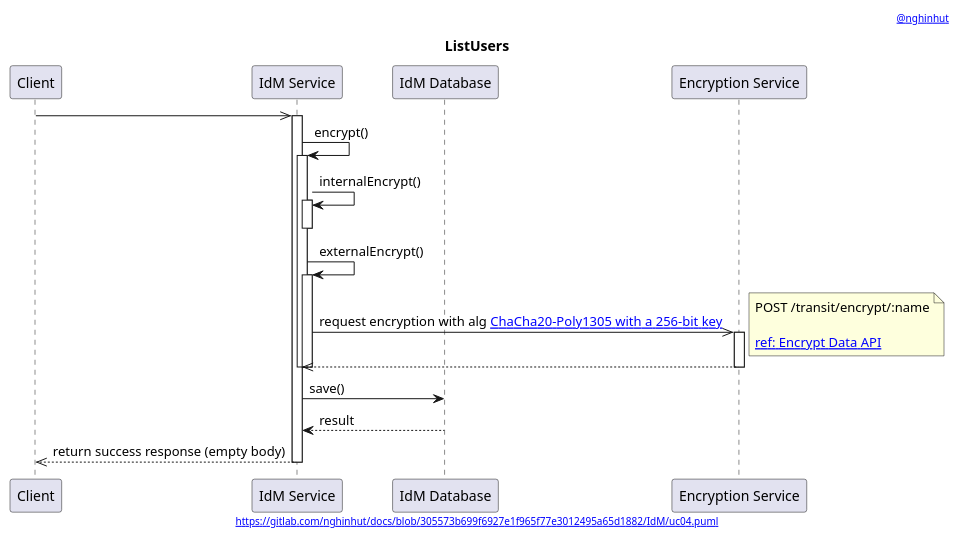
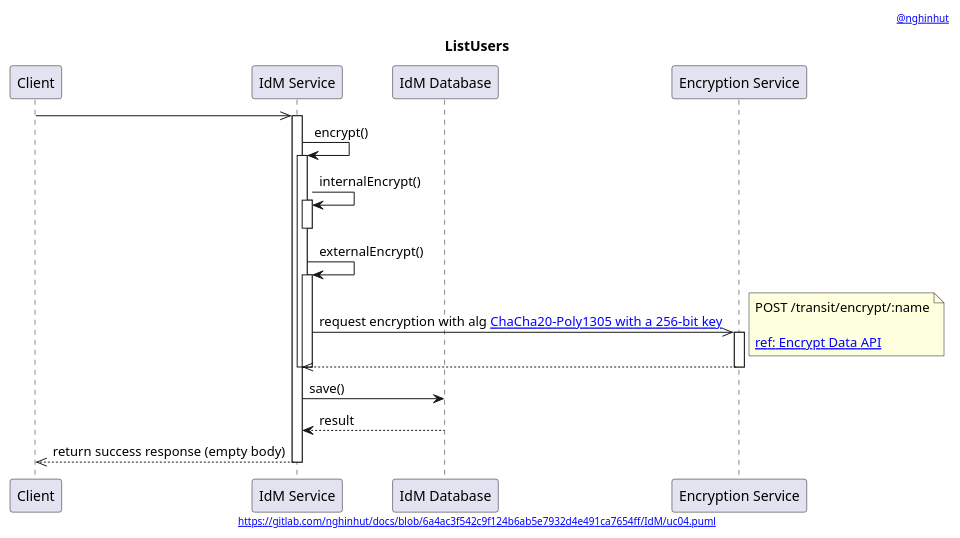
One commit to nghinhut/docs changed the diagram in IdM/uc04.sequence.puml. Above: the diagram before and after it, drawn with PlantUML. The commit also changed 18 other files, not shown here.

Commit message:
Update diagrams

```diff
--- a/IdM/uc04.sequence.puml
+++ b/IdM/uc04.sequence.puml
@@ -1,43 +1,43 @@
 @startuml
 '-----START auto generated metadata please keep comment here to allow auto update-----
 '-----DON'T EDIT THIS SECTION, INSTEAD RE-RUN prebuild.sh TO UPDATE-----
-header [[www.nghinhut.dev?from=http%5C%3A%5C%2F%5C%2Fwww%5C.plantuml%5C.com%5C%2Fplantuml%5C%2Fproxy%3Ffmt%3Dsvg%5C%26src%3Dhttps%5C%3A%5C%2F%5C%2Fgitlab%5C.com%5C%2Fnghinhut%5C%2Fdocs%5C%2Fraw%5C%2F305573b699f6927e1f965f77e3012495a65d1882%5C%2FIdM%5C%2Fuc04%5C.puml%0A @nghinhut]]
-footer [[http://www.plantuml.com/plantuml/proxy?fmt=svg&src=https://gitlab.com/nghinhut/docs/raw/305573b699f6927e1f965f77e3012495a65d1882/IdM/uc04.puml https://gitlab.com/nghinhut/docs/blob/305573b699f6927e1f965f77e3012495a65d1882/IdM/uc04.puml]]
+header [[www.nghinhut.dev?from=https%5C%3A%5C%2F%5C%2Fgitlab%5C.com%5C%2Fnghinhut%5C%2Fdocs%5C%2Fblob%5C%2F6a4ac3f542c9f124b6ab5e7932d4e491ca7654ff%5C%2FIdM%5C%2Fuc04%5C.puml%0A @nghinhut]]
+footer [[http://www.plantuml.com/plantuml/proxy?fmt=svg&src=https://gitlab.com/nghinhut/docs/raw/6a4ac3f542c9f124b6ab5e7932d4e491ca7654ff/IdM/uc04.puml https://gitlab.com/nghinhut/docs/blob/6a4ac3f542c9f124b6ab5e7932d4e491ca7654ff/IdM/uc04.puml]]
 '-----END auto generated metadata please keep comment here to allow auto update-----
 title ListUsers
 
 participant "Client" as client
 participant "IdM Service" as idm
 participant "IdM Database" as db
 participant "Encryption Service" as es
 
 client ->> idm
 activate idm
 
 idm -> idm : encrypt()
 activate idm
 idm -> idm : internalEncrypt()
 activate idm
 deactivate idm
 
 idm -> idm : externalEncrypt()
 activate idm
 idm ->> es : request encryption with alg [[https://www.vaultproject.io/docs/secrets/transit/index.html#chacha20-poly1305 ChaCha20-Poly1305 with a 256-bit key]]
 note right
     POST /transit/encrypt/:name
 
     [[https://www.vaultproject.io/api/secret/transit/index.html#encrypt-data ref: Encrypt Data API]]
 end note
 activate es
 idm <<-- es
 deactivate es
 deactivate idm
 deactivate idm
 
 idm -> db : save()
 idm <-- db : result
 
 client <<-- idm : return success response (empty body)
 deactivate idm
 
 @enduml
```
